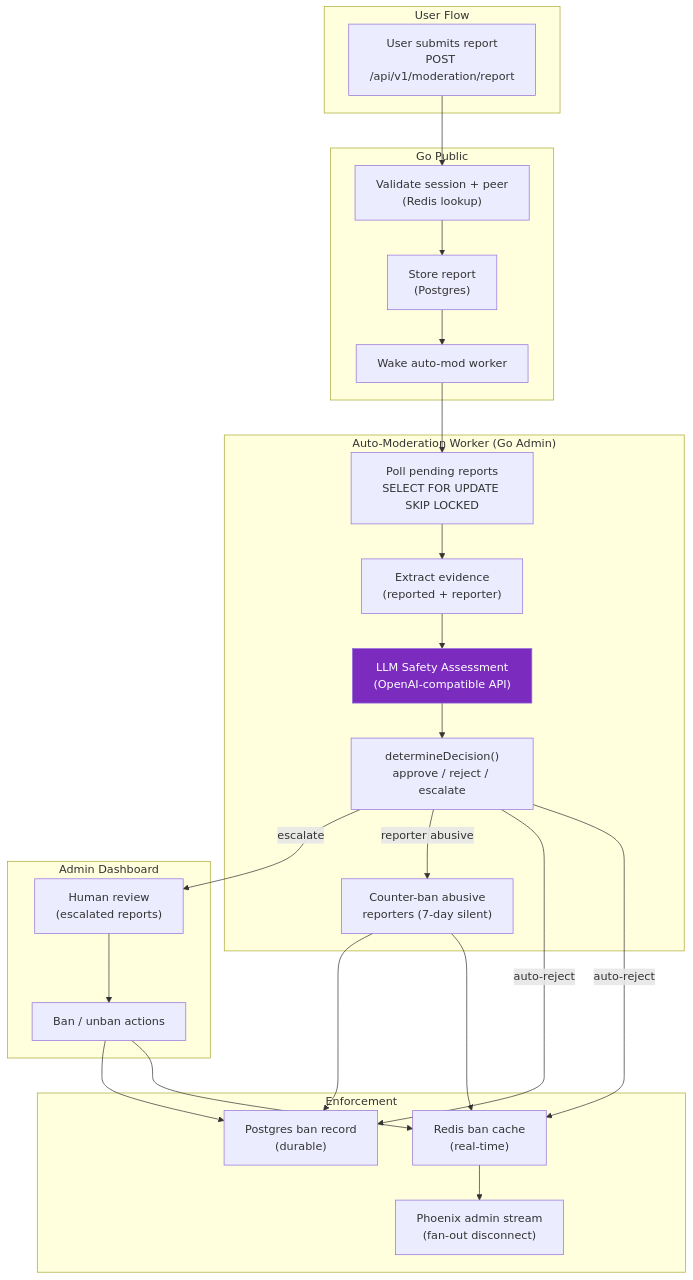
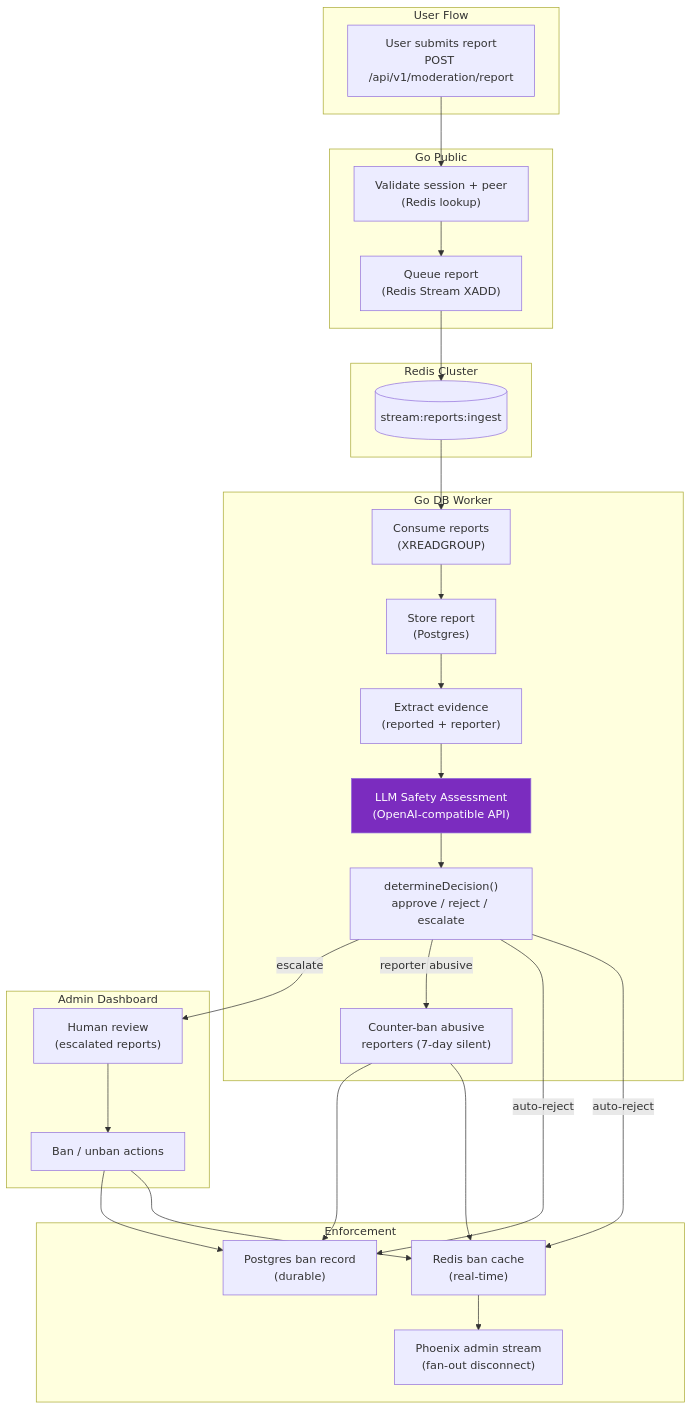
The fifth of 13 diagrams in ARCHITECTURE.md (alessblaze/pairline), drawn with Mermaid before and after one commit. The commit also changed other lines of this file and 4 other files, not shown here.

````diff
--- a/ARCHITECTURE.md
+++ b/ARCHITECTURE.md
@@ -240,41 +248,45 @@
 ```mermaid
 graph TB
     subgraph "User Flow"
         Report["User submits report<br/>POST /api/v1/moderation/report"]
     end
 
     subgraph "Go Public"
         Validate["Validate session + peer<br/>(Redis lookup)"]
-        Store["Store report<br/>(Postgres)"]
-        Enqueue["Wake auto-mod worker"]
+        StreamXADD["Queue report<br/>(Redis Stream XADD)"]
     end
 
-    subgraph "Auto-Moderation Worker (Go Admin)"
-        Poll["Poll pending reports<br/>SELECT FOR UPDATE SKIP LOCKED"]
+    subgraph "Redis Cluster"
+        IngestStream[("stream:reports:ingest")]
+    end
+
+    subgraph "Go DB Worker"
+        Consume["Consume reports<br/>(XREADGROUP)"]
+        Store["Store report<br/>(Postgres)"]
         Extract["Extract evidence<br/>(reported + reporter)"]
         LLM["LLM Safety Assessment<br/>(OpenAI-compatible API)"]
         Decide["determineDecision()<br/>approve / reject / escalate"]
         CounterBan["Counter-ban abusive<br/>reporters (7-day silent)"]
     end
 
     subgraph "Admin Dashboard"
         Review["Human review<br/>(escalated reports)"]
         BanAction["Ban / unban actions"]
     end
 
     subgraph "Enforcement"
         RedisBan["Redis ban cache<br/>(real-time)"]
         PGBan["Postgres ban record<br/>(durable)"]
         PhoenixSync["Phoenix admin stream<br/>(fan-out disconnect)"]
     end
 
-    Report --> Validate --> Store --> Enqueue
-    Enqueue --> Poll --> Extract --> LLM --> Decide
+    Report --> Validate --> StreamXADD --> IngestStream
+    IngestStream --> Consume --> Store --> Extract --> LLM --> Decide
     Decide -->|"auto-reject"| RedisBan & PGBan
     Decide -->|"reporter abusive"| CounterBan --> RedisBan & PGBan
     Decide -->|"escalate"| Review
     Review --> BanAction --> RedisBan & PGBan
     RedisBan --> PhoenixSync
 
     style LLM fill:#7b2cbf,color:#fff
 ```
````
